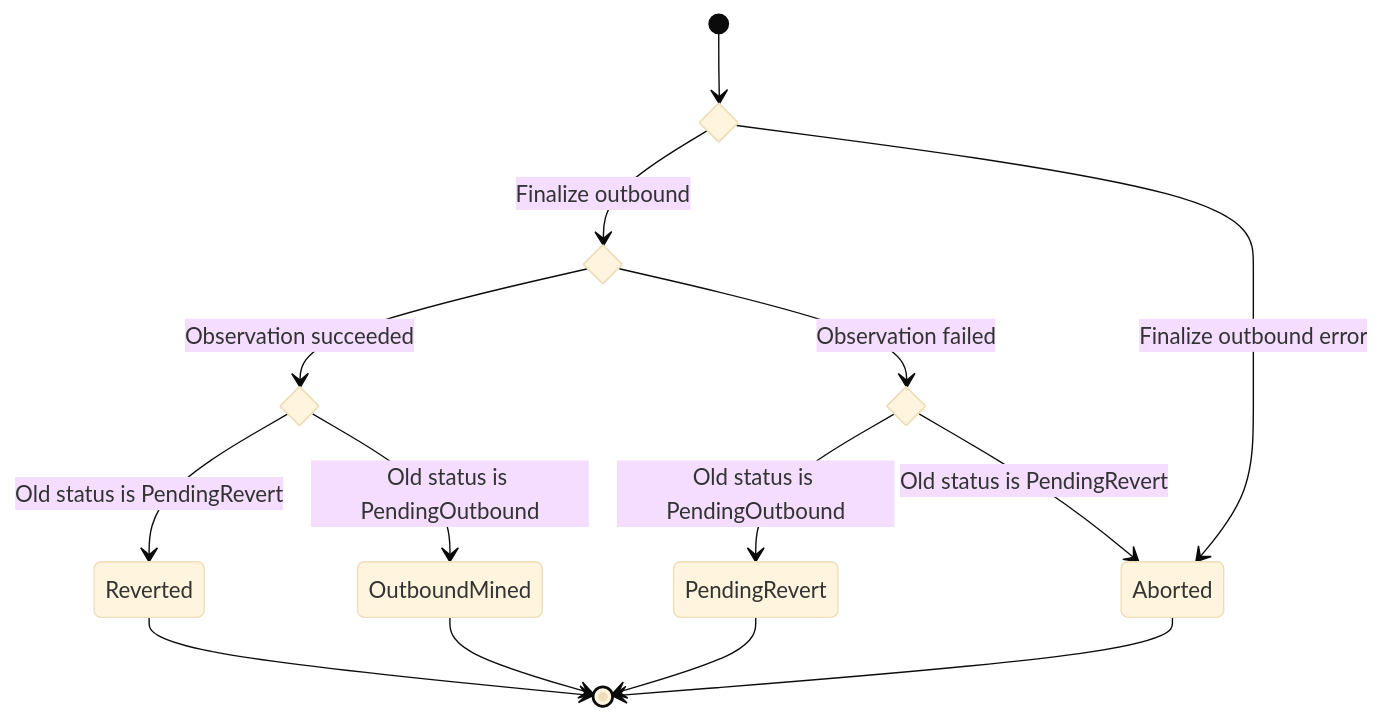
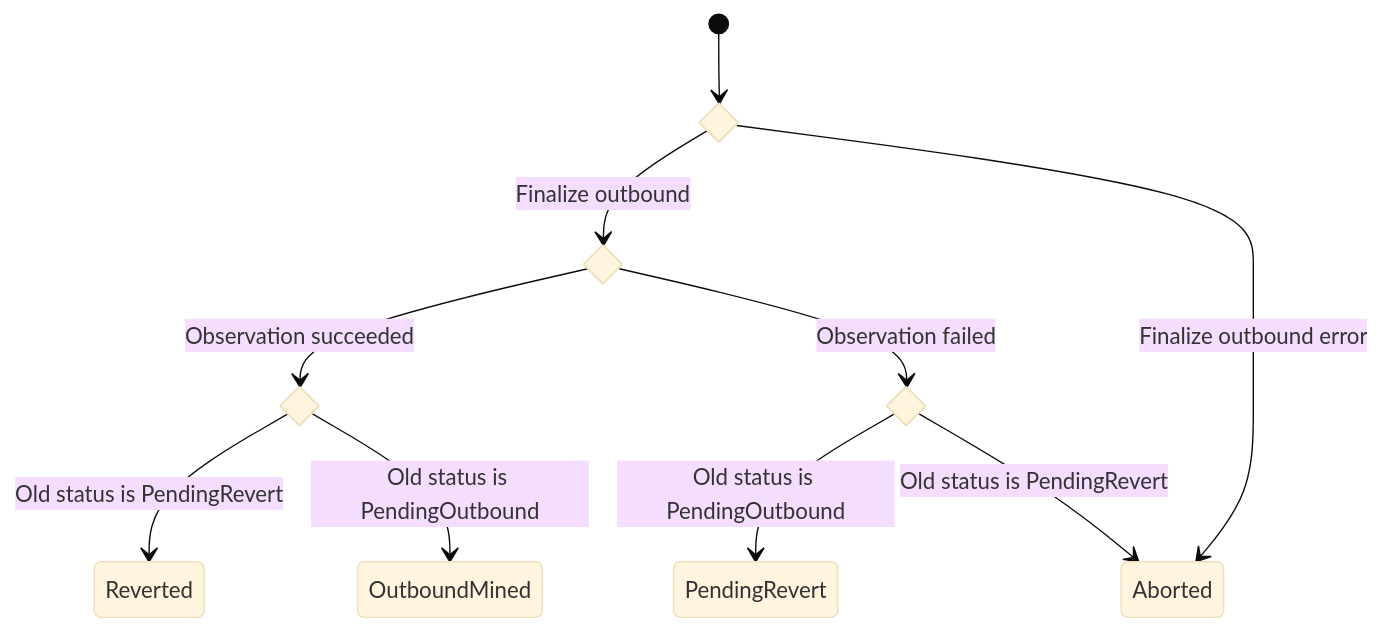
One commit to zeta-chain/node changed the first of 2 diagrams in docs/spec/crosschain/messages.md. Above: the diagram before and after it, drawn with Mermaid (base theme). The commit also changed other lines of this file, not shown here.

````diff
--- a/docs/spec/crosschain/messages.md
+++ b/docs/spec/crosschain/messages.md
@@ -107,22 +110,18 @@
 ```mermaid
 stateDiagram-v2
 
 	state finalize_outbound <<choice>>
 	state observation <<choice>>
 	state success_old_status <<choice>>
 	state fail_old_status <<choice>>
 	[*] --> finalize_outbound
 	finalize_outbound --> observation: Finalize outbound
 	observation --> success_old_status: Observation succeeded
 	success_old_status --> Reverted: Old status is PendingRevert
 	success_old_status --> OutboundMined: Old status is PendingOutbound
 	observation --> fail_old_status: Observation failed
 	fail_old_status --> PendingRevert: Old status is PendingOutbound
 	fail_old_status --> Aborted: Old status is PendingRevert
 	finalize_outbound --> Aborted: Finalize outbound error
-	Aborted --> [*]
-	Reverted --> [*]
-	OutboundMined --> [*]
-	PendingRevert --> [*]
 
 ```
````
